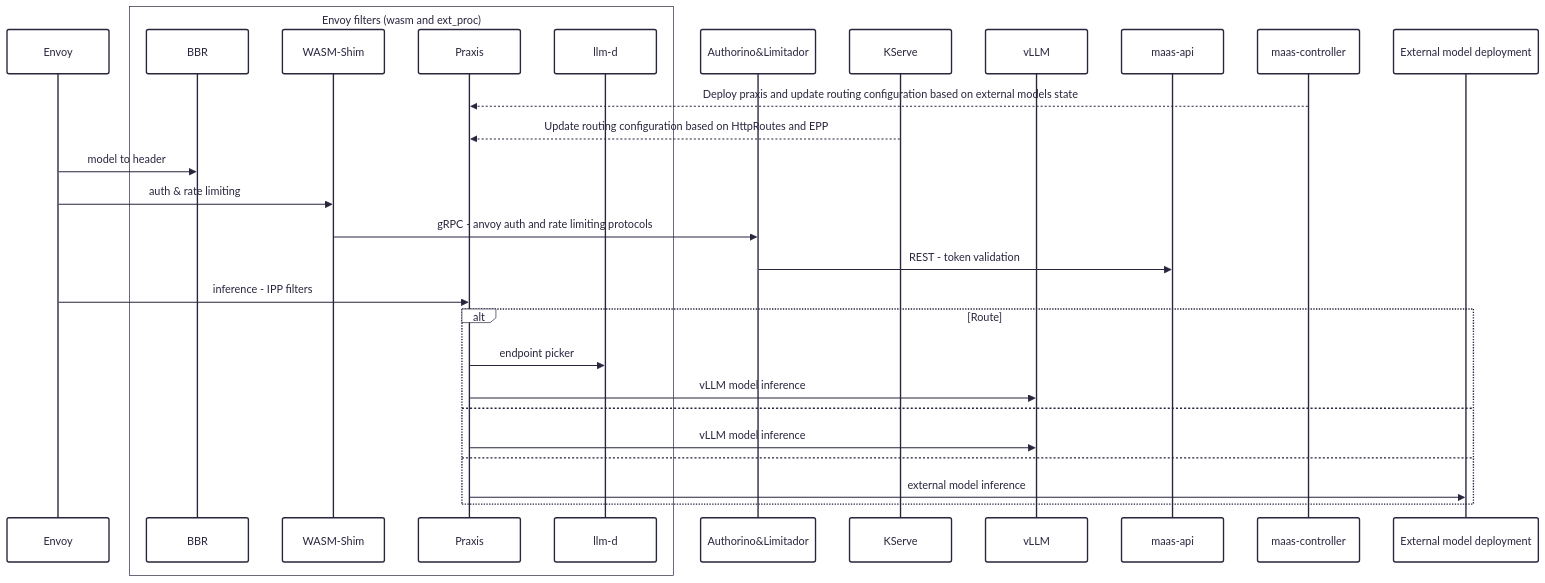
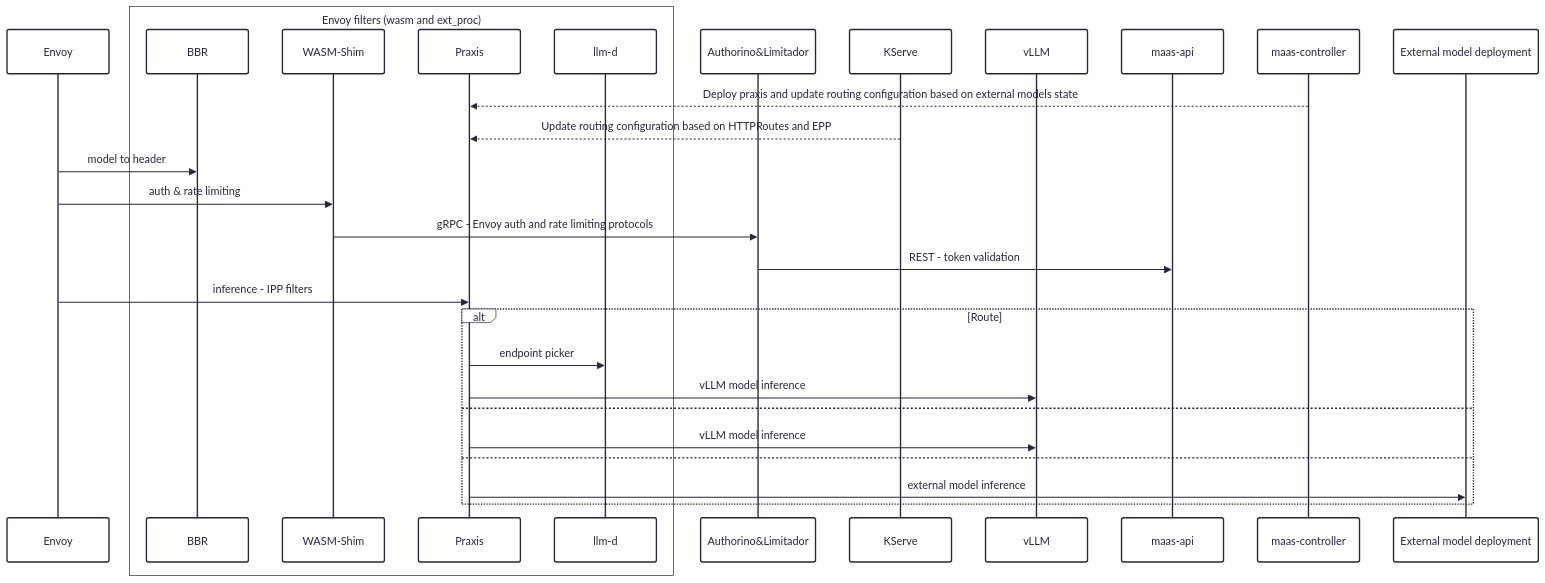
The second of 2 diagrams in docs/proposals/ai-gateway 3.6 discussion.md (mariusdanciu/praxis-extproc), drawn with Mermaid before and after one commit. The commit also changed other lines of this file, not shown here.

````diff
--- a/docs/proposals/ai-gateway 3.6 discussion.md
+++ b/docs/proposals/ai-gateway 3.6 discussion.md
@@ -55,38 +68,38 @@
 ```mermaid
 ---
 config:
   theme: redux
 ---
 sequenceDiagram
     participant envoy as Envoy
     box Envoy filters (wasm and ext_proc)
         participant BBR
         participant wasm as WASM-Shim
         participant praxis as Praxis
         participant llm-d
     end
     participant al as Authorino&Limitador
     participant kserve as KServe
     participant vLLM
     participant ma as maas-api
     participant mc as maas-controller
     participant em as External model deployment
 
     mc-->>praxis: Deploy praxis and update routing configuration based on external models state
-    kserve-->>praxis: Update routing configuration based on HttpRoutes and EPP
+    kserve-->>praxis: Update routing configuration based on HTTPRoutes and EPP
     envoy->>BBR: model to header
     envoy->>wasm: auth & rate limiting
-    wasm->>al: gRPC - anvoy auth and rate limiting protocols
-    al->>ma: REST - token validation 
+    wasm->>al: gRPC - Envoy auth and rate limiting protocols
+    al->>ma: REST - token validation
     envoy->>praxis: inference - IPP filters
     alt Route
         praxis->>llm-d: endpoint picker
         praxis->>vLLM: vLLM model inference
     else 
         praxis->>vLLM: vLLM model inference
     else
         praxis->>em: external model inference
     end
 
  
 ```
````
